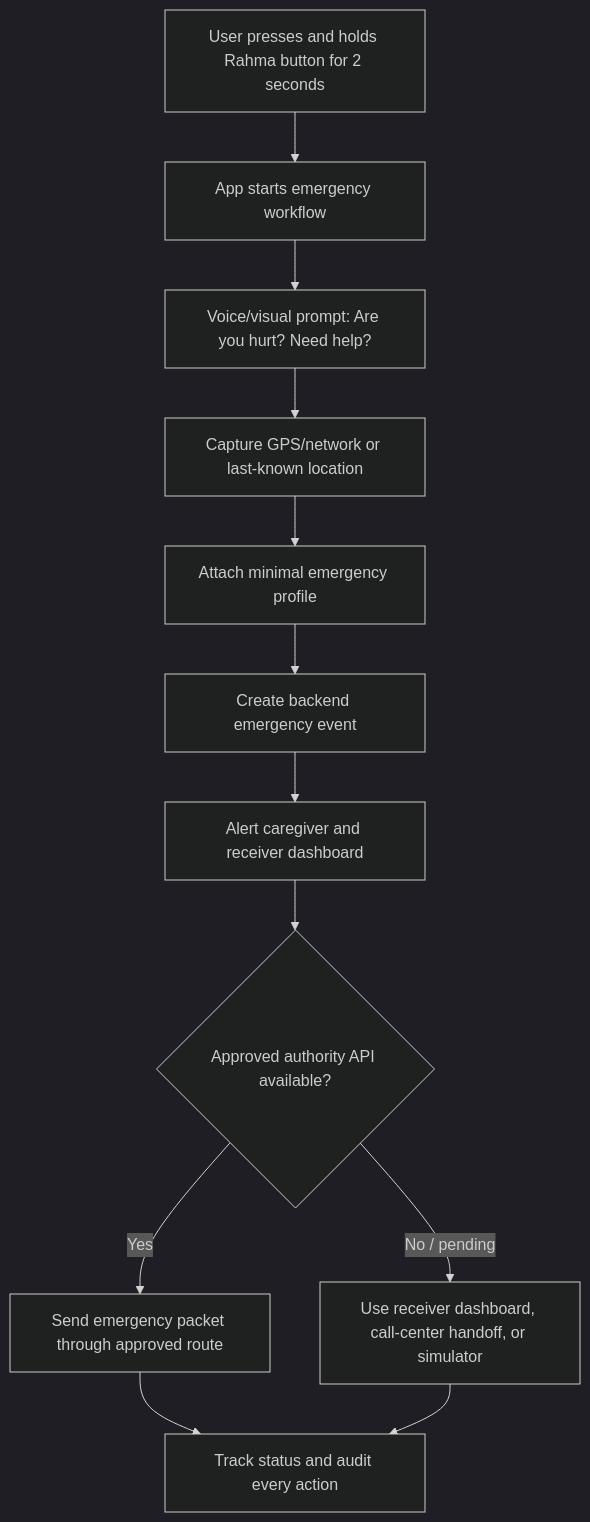
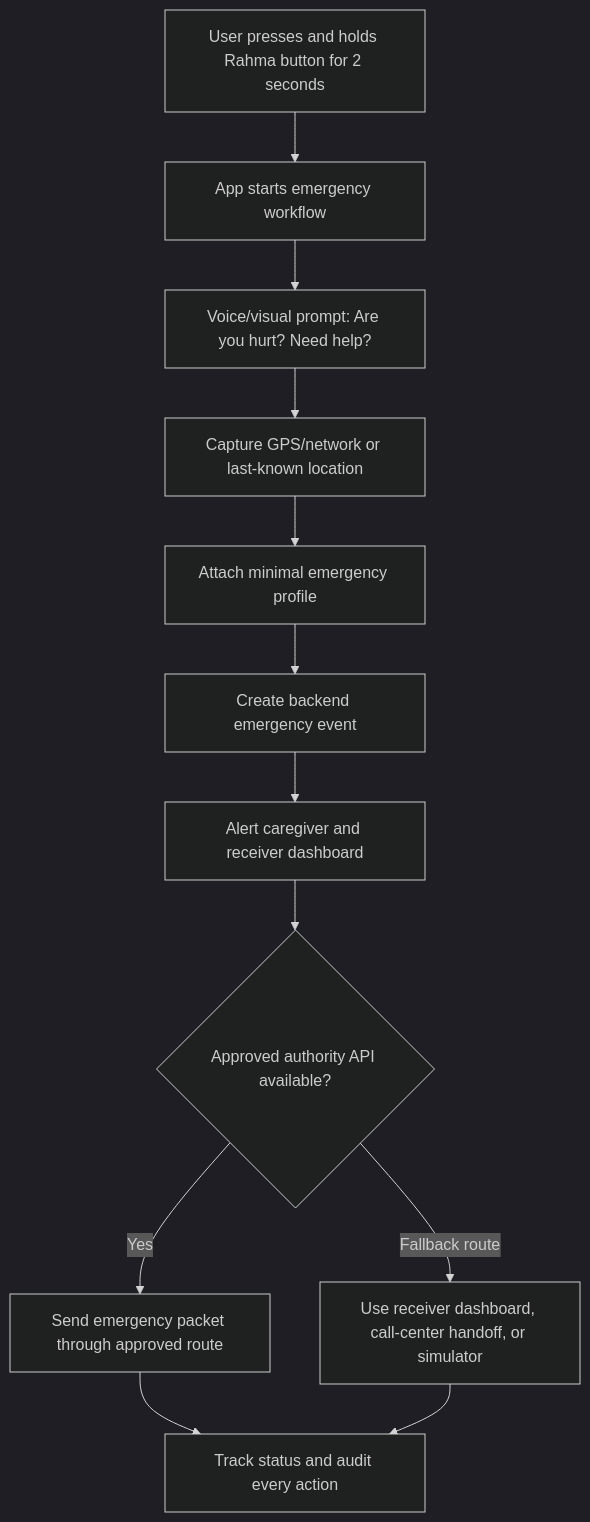
Before and after one commit to adarshnub/rahma-implementation-plan: the second of 11 diagrams in Rahma_Client_Architecture_Implementation_Plan.md, drawn with Mermaid (dark theme). The commit also changed other lines of this file and 5 other files, not shown here.

First line of the commit message:
Update Architecture Implementation Plan and Client Plan

````diff
--- a/Rahma_Client_Architecture_Implementation_Plan.md
+++ b/Rahma_Client_Architecture_Implementation_Plan.md
@@ -210,14 +210,14 @@
 ```mermaid
 flowchart TD
   A["User presses and holds Rahma button for 2 seconds"] --> B["App starts emergency workflow"]
   B --> C["Voice/visual prompt: Are you hurt? Need help?"]
   C --> D["Capture GPS/network or last-known location"]
   D --> E["Attach minimal emergency profile"]
   E --> F["Create backend emergency event"]
   F --> G["Alert caregiver and receiver dashboard"]
   G --> H{"Approved authority API available?"}
   H -- "Yes" --> I["Send emergency packet through approved route"]
-  H -- "No / pending" --> J["Use receiver dashboard, call-center handoff, or simulator"]
+  H -- "Fallback route" --> J["Use receiver dashboard, call-center handoff, or simulator"]
   I --> K["Track status and audit every action"]
   J --> K
 ```
````
